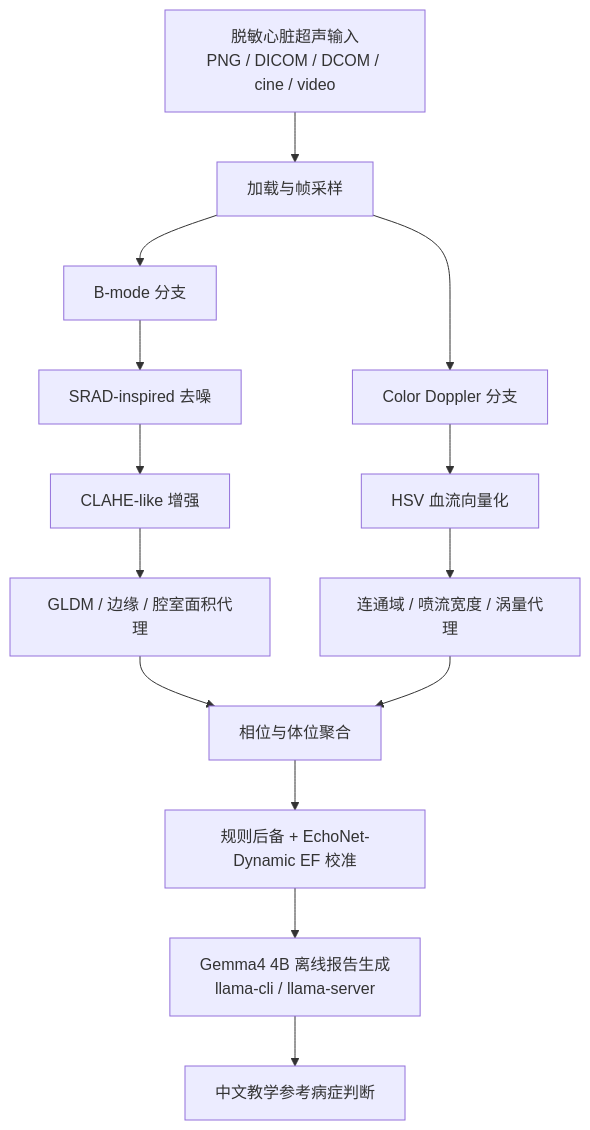
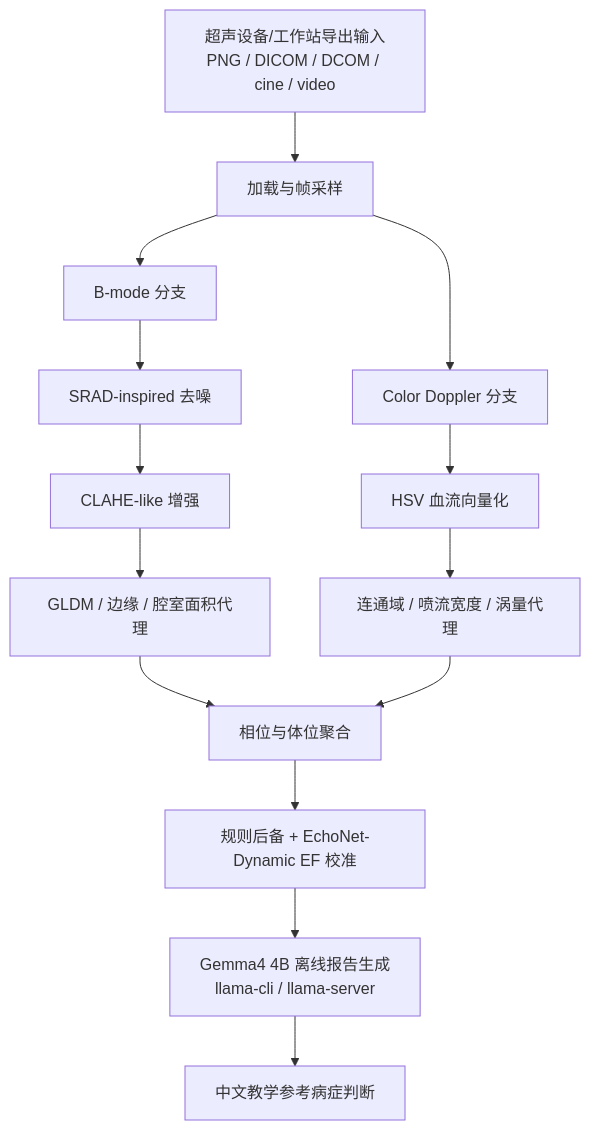
One commit to Timmy-zhu12/gdc-shanghai-project changed the diagram in docs/architecture.md. Above: the diagram before and after it, drawn with Mermaid. The commit also changed other lines of this file and 13 other files, not shown here.

````diff
--- a/docs/architecture.md
+++ b/docs/architecture.md
@@ -5,16 +5,16 @@
 ```mermaid
 flowchart TD
-    A["脱敏心脏超声输入<br/>PNG / DICOM / DCOM / cine / video"] --> B["加载与帧采样"]
+    A["超声设备/工作站导出输入<br/>PNG / DICOM / DCOM / cine / video"] --> B["加载与帧采样"]
     B --> C["B-mode 分支"]
     B --> D["Color Doppler 分支"]
     C --> C1["SRAD-inspired 去噪"]
     C1 --> C2["CLAHE-like 增强"]
     C2 --> C3["GLDM / 边缘 / 腔室面积代理"]
     D --> D1["HSV 血流向量化"]
     D1 --> D2["连通域 / 喷流宽度 / 涡量代理"]
     C3 --> E["相位与体位聚合"]
     D2 --> E
     E --> F["规则后备 + EchoNet-Dynamic EF 校准"]
     F --> G["Gemma4 4B 离线报告生成<br/>llama-cli / llama-server"]
     G --> H["中文教学参考病症判断"]
 ```
````
